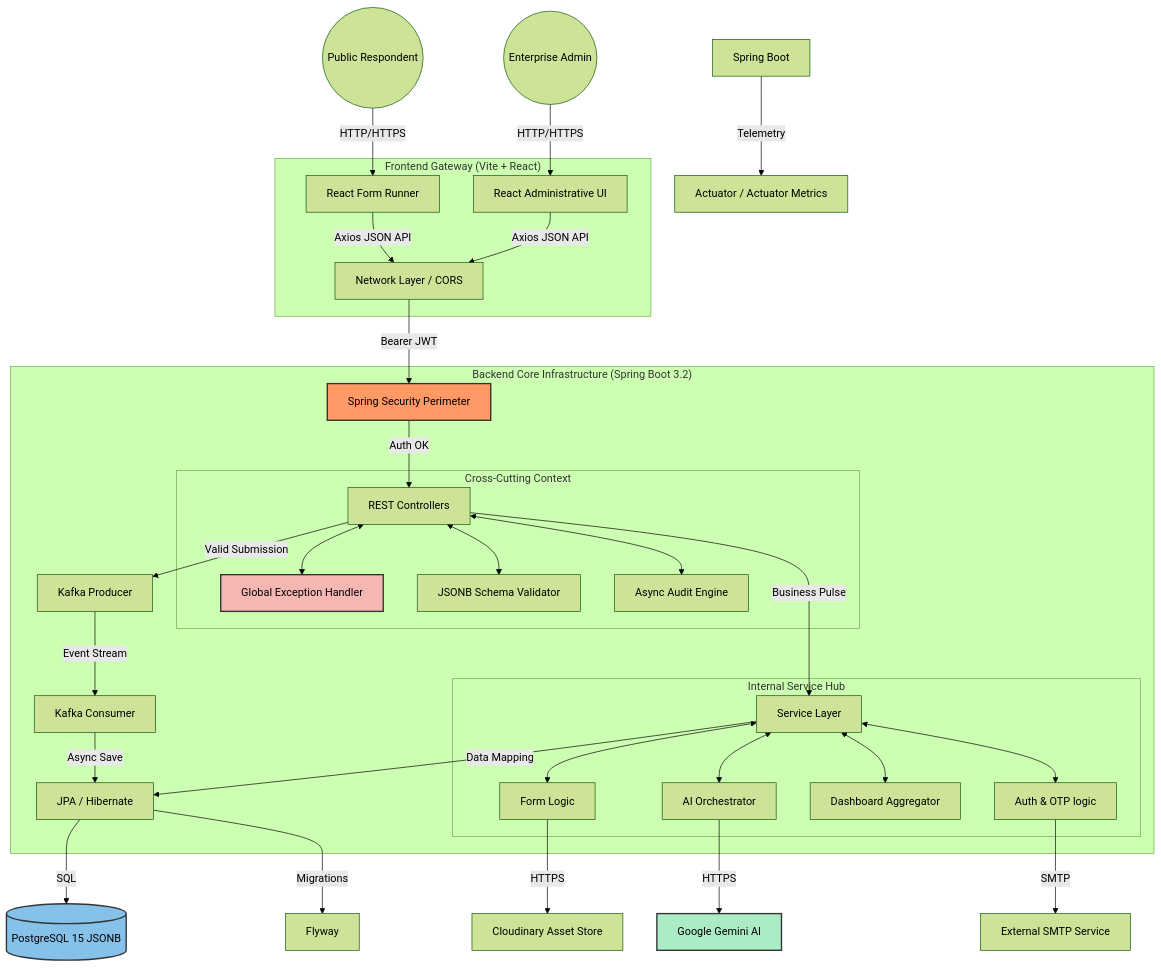
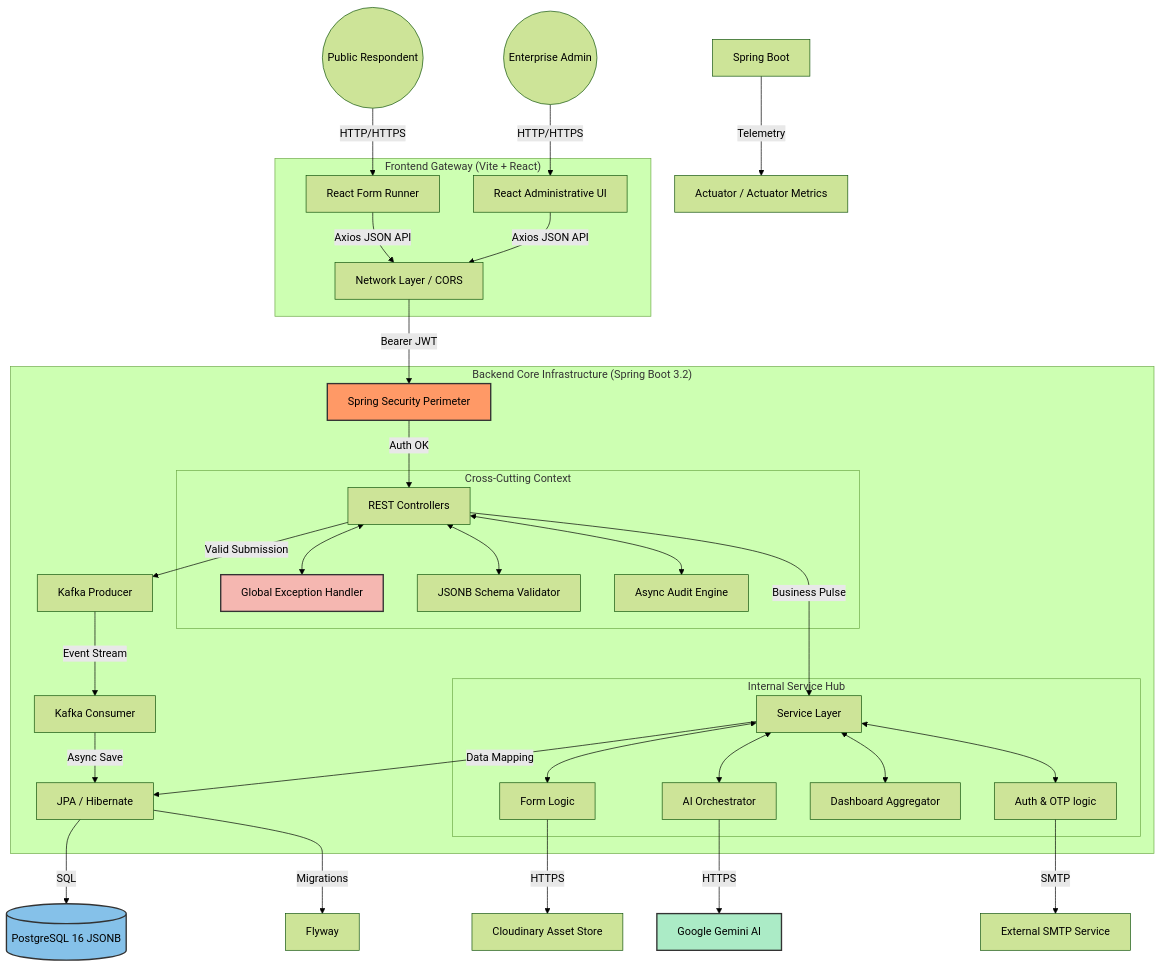
Before and after one commit to bluepal-ashok-patcha/FormCraft: the first of 6 diagrams in docs/Architecture.md, drawn with Mermaid (forest theme). The commit also changed 6 other files, not shown here.

Commit message:
feat: update documentation for PostgreSQL 16, Kafka integration, and add architectural reports; enhance README with new asynchronous architecture details

````diff
--- a/docs/Architecture.md
+++ b/docs/Architecture.md
@@ -26,54 +26,54 @@
 ```mermaid
 graph TD
     %% Client & Network Entry
     Respondent((Public Respondent)) -->|HTTP/HTTPS| F1[React Form Runner]
     Admin((Enterprise Admin)) -->|HTTP/HTTPS| F2[React Administrative UI]
     
     subgraph "Frontend Gateway (Vite + React)"
         F1 & F2 -->|Axios JSON API| Net[Network Layer / CORS]
     end
 
     Net -->|Bearer JWT| Sec[Spring Security Perimeter]
 
     subgraph "Backend Core Infrastructure (Spring Boot 3.2)"
         Sec -->|Auth OK| Ctrl[REST Controllers]
         
         subgraph "Cross-Cutting Context"
             Ctrl <--> GEH[Global Exception Handler]
             Ctrl <--> Val[JSONB Schema Validator]
             Ctrl <--> Aud[Async Audit Engine]
         end
         
         Ctrl -->|Valid Submission| KPro[Kafka Producer]
         KPro -->|Event Stream| KCons[Kafka Consumer]
         KCons -->|Async Save| Map[JPA / Hibernate]
         
         Ctrl -->|Business Pulse| Svc[Service Layer]
         
         subgraph "Internal Service Hub"
             Svc <--> Form[Form Logic]
             Svc <--> AI[AI Orchestrator]
             Svc <--> Stat[Dashboard Aggregator]
             Svc <--> SecSvc[Auth & OTP logic]
         end
         
         Svc -->|Data Mapping| Map[JPA / Hibernate]
     end
 
     %% Persistence & External Layer
-    Map -->|SQL| DB[(PostgreSQL 15 JSONB)]
+    Map -->|SQL| DB[(PostgreSQL 16 JSONB)]
     Map -->|Migrations| FW[Flyway]
     
     SecSvc -->|SMTP| Mail[External SMTP Service]
     AI -->|HTTPS| Gemini[Google Gemini AI]
     Form -->|HTTPS| Cloud[Cloudinary Asset Store]
     
     %% Monitoring
     Backend[Spring Boot] -->|Telemetry| Act[Actuator / Actuator Metrics]
     
     %% Styling
     style Sec fill:#f96,stroke:#333,stroke-width:2px
     style DB fill:#85c1e9,stroke:#333,stroke-width:2px
     style Gemini fill:#abebc6,stroke:#333,stroke-width:2px
     style GEH fill:#f5b7b1,stroke:#333,stroke-width:2px
 ```
````
